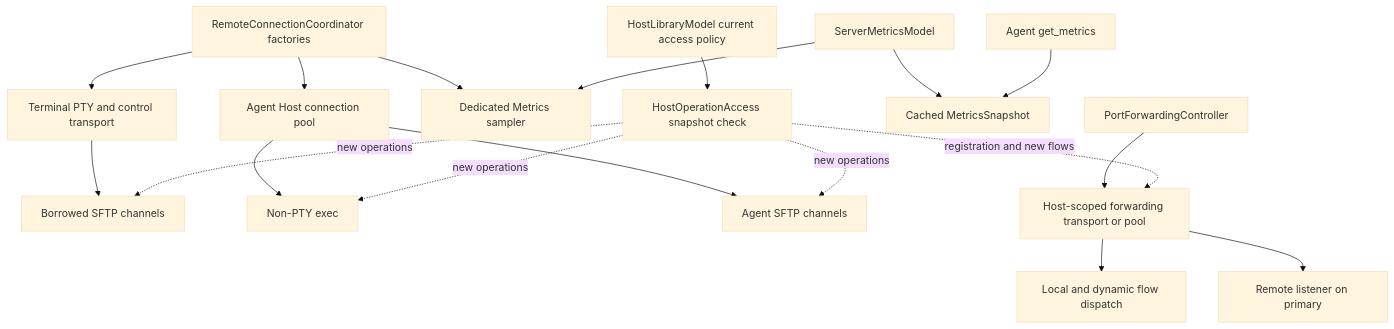
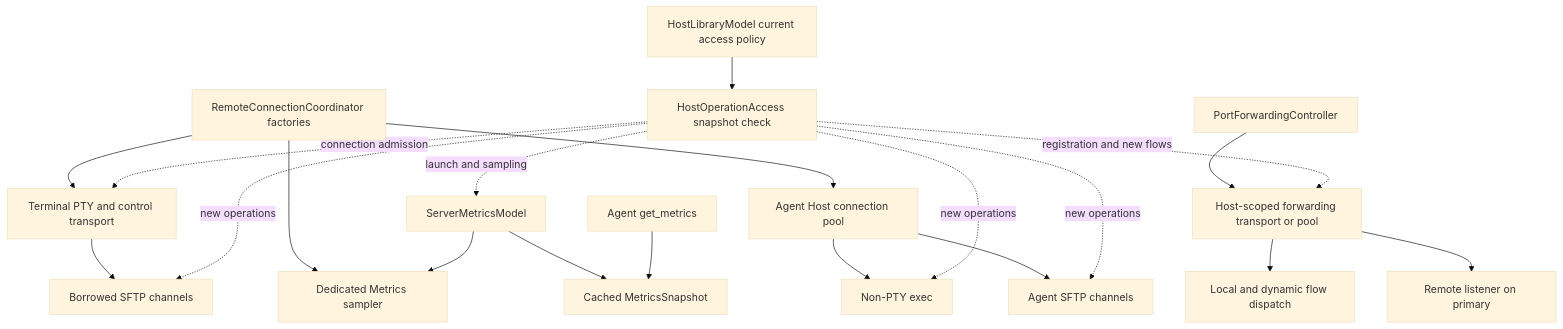
The first of 5 diagrams in openwiki/concepts/remote-services-and-forwarding.md (AkinoKaede/Termind), drawn with Mermaid (base theme) before and after one commit. The commit also changed other lines of this file and 68 other files, not shown here.

````diff
--- a/openwiki/concepts/remote-services-and-forwarding.md
+++ b/openwiki/concepts/remote-services-and-forwarding.md
@@ -152,20 +152,22 @@
 ```mermaid
 flowchart TD
     Library["HostLibraryModel current access policy"] --> Check["HostOperationAccess snapshot check"]
     Coordinator["RemoteConnectionCoordinator factories"] --> PTY["Terminal PTY and control transport"]
     Coordinator --> Sampler["Dedicated Metrics sampler"]
     Coordinator --> AgentPool["Agent Host connection pool"]
     PTY --> Borrowed["Borrowed SFTP channels"]
     AgentPool --> Exec["Non-PTY exec"]
     AgentPool --> AgentSFTP["Agent SFTP channels"]
+    Check -. "connection admission" .-> PTY
+    Check -. "launch and sampling" .-> Metrics
     Check -. "new operations" .-> Exec
     Check -. "new operations" .-> Borrowed
     Check -. "new operations" .-> AgentSFTP
     Metrics["ServerMetricsModel"] --> Sampler
     Metrics --> Cached["Cached MetricsSnapshot"]
     AgentRead["Agent get_metrics"] --> Cached
     Forward["PortForwardingController"] --> ForwardPool["Host-scoped forwarding transport or pool"]
     Check -. "registration and new flows" .-> ForwardPool
     ForwardPool --> Local["Local and dynamic flow dispatch"]
     ForwardPool --> Remote["Remote listener on primary"]
 ```
````
